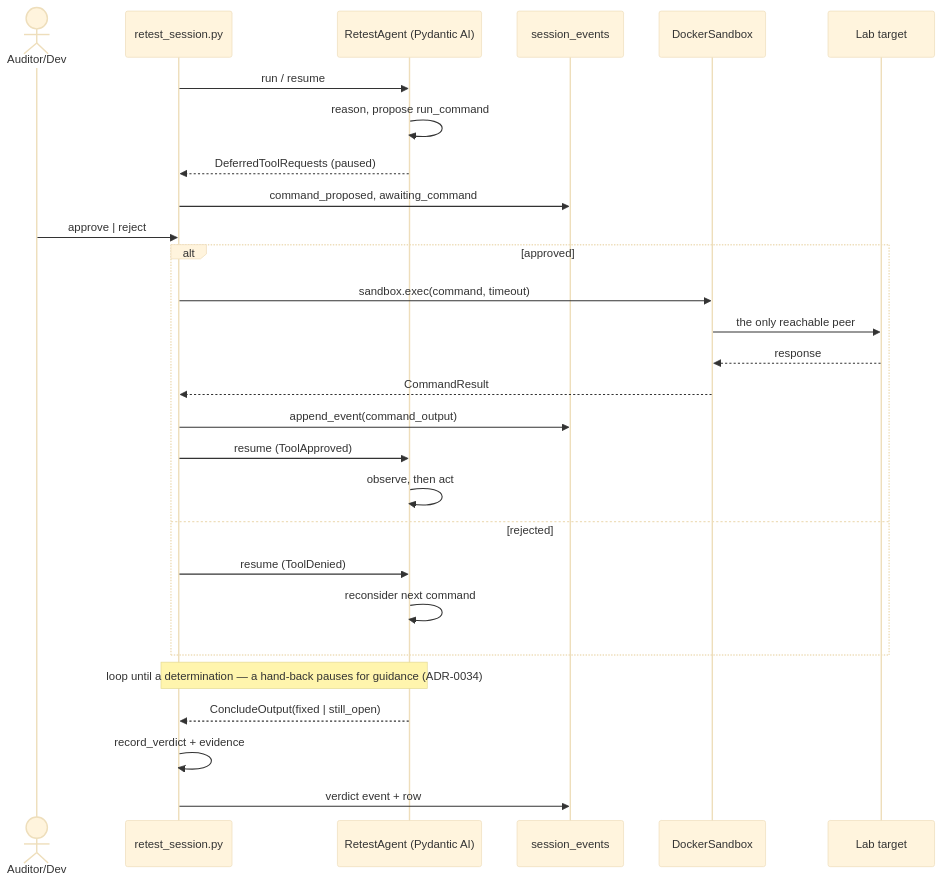
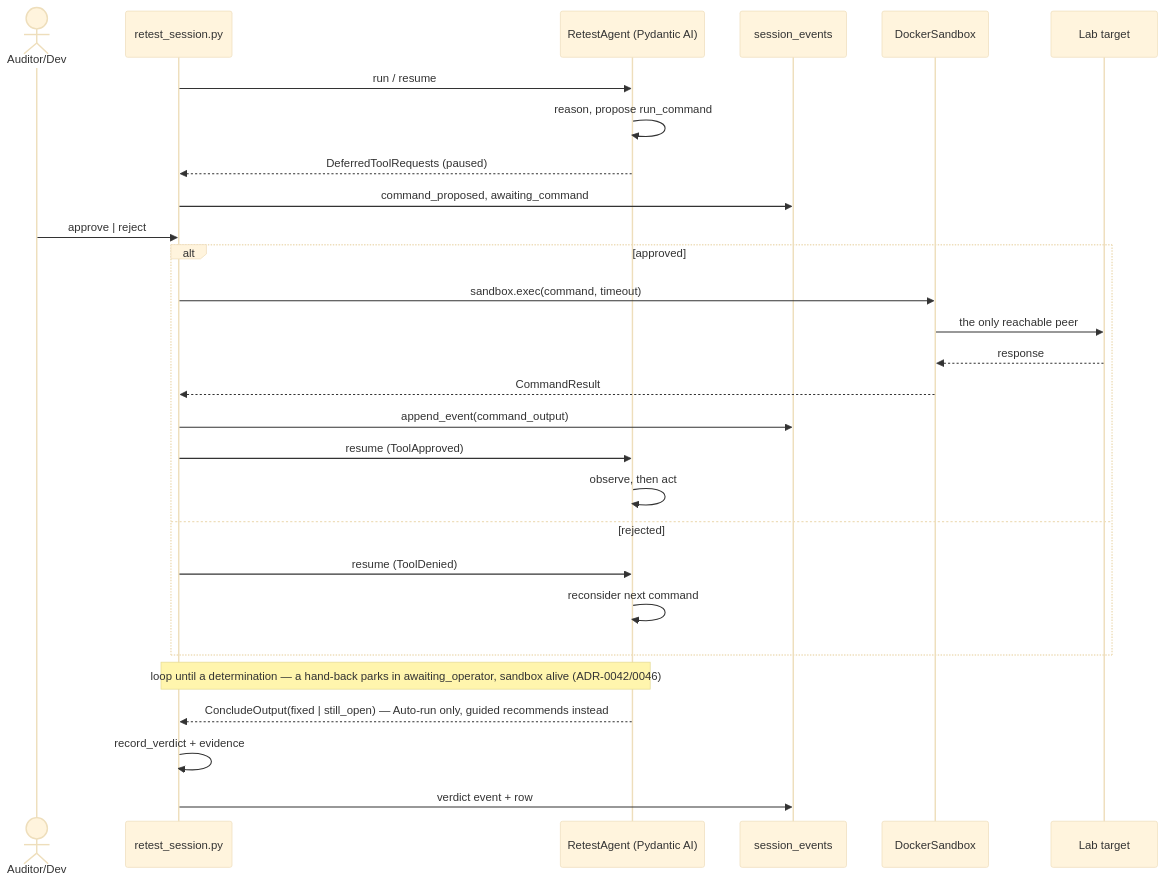
Before and after one commit to SelfishCoconut/revalid: the seventh of 8 diagrams in docs/architecture/c4.md, drawn with Mermaid (base theme). The commit also changed other lines of this file and 29 other files, not shown here.

````diff
--- a/docs/architecture/c4.md
+++ b/docs/architecture/c4.md
@@ -413,31 +417,31 @@
 ```mermaid
 sequenceDiagram
     actor Dev as Auditor/Dev
     participant API as retest_session.py
     participant Agent as RetestAgent (Pydantic AI)
     participant DB as session_events
     participant SB as DockerSandbox
     participant Lab as Lab target
 
     API->>Agent: run / resume
     Agent->>Agent: reason, propose run_command
     Agent-->>API: DeferredToolRequests (paused)
     API->>DB: command_proposed, awaiting_command
     Dev->>API: approve | reject
     alt approved
         API->>SB: sandbox.exec(command, timeout)
         SB->>Lab: the only reachable peer
         Lab-->>SB: response
         SB-->>API: CommandResult
         API->>DB: append_event(command_output)
         API->>Agent: resume (ToolApproved)
         Agent->>Agent: observe, then act
     else rejected
         API->>Agent: resume (ToolDenied)
         Agent->>Agent: reconsider next command
     end
-    Note over API,Agent: loop until a determination — a hand-back pauses for guidance (ADR-0034)
-    Agent-->>API: ConcludeOutput(fixed | still_open)
+    Note over API,Agent: loop until a determination — a hand-back parks in awaiting_operator, sandbox alive (ADR-0042/0046)
+    Agent-->>API: ConcludeOutput(fixed | still_open) — Auto-run only, guided recommends instead
     API->>API: record_verdict + evidence
     API->>DB: verdict event + row
 ```
````
